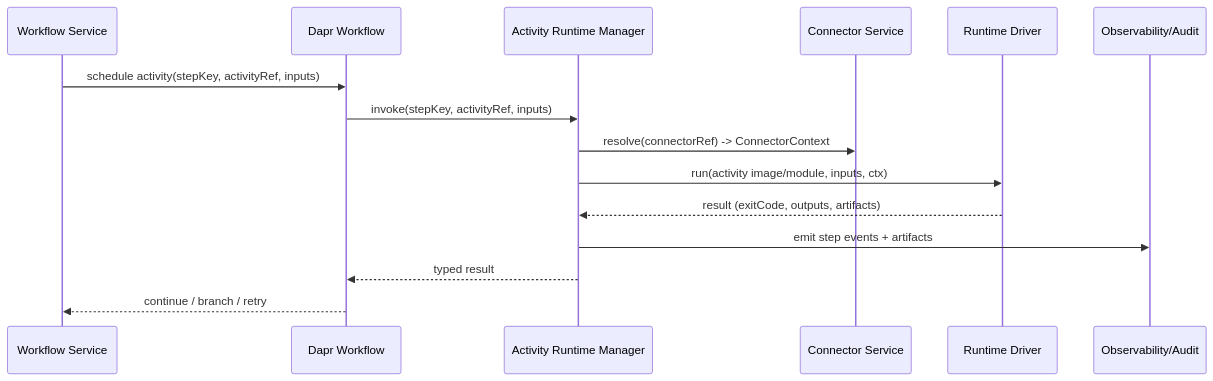
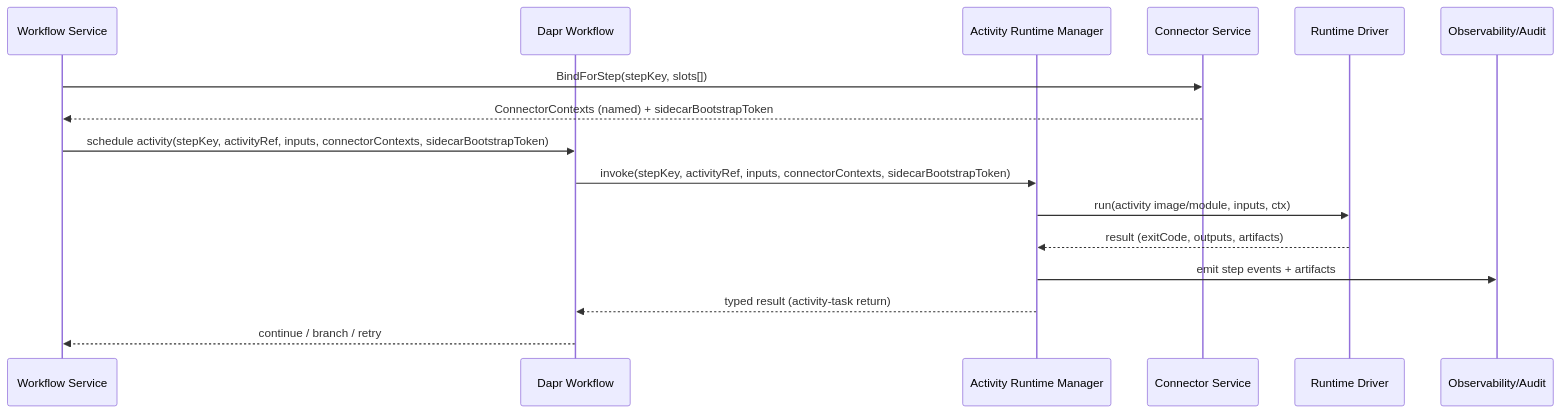
Before and after one commit to toddysm/custos: the fifth of 10 diagrams in design/architecture/overview.md, drawn with Mermaid. The commit also changed other lines of this file and 7 other files, not shown here.

First line of the commit message:
design(bundle-g): WF preflights connector bind; Dapr activity-task return canonical (#98, #101)

````diff
--- a/design/architecture/overview.md
+++ b/design/architecture/overview.md
@@ -302,18 +302,19 @@
 ```mermaid
 sequenceDiagram
     participant WF as Workflow Service
     participant Dapr as Dapr Workflow
     participant ARM as Activity Runtime Manager
     participant Conn as Connector Service
     participant Driver as Runtime Driver
     participant Audit as Observability/Audit
 
-    WF->>Dapr: schedule activity(stepKey, activityRef, inputs)
-    Dapr->>ARM: invoke(stepKey, activityRef, inputs)
-    ARM->>Conn: resolve(connectorRef) -> ConnectorContext
+    WF->>Conn: BindForStep(stepKey, slots[])
+    Conn-->>WF: ConnectorContexts (named) + sidecarBootstrapToken
+    WF->>Dapr: schedule activity(stepKey, activityRef, inputs, connectorContexts, sidecarBootstrapToken)
+    Dapr->>ARM: invoke(stepKey, activityRef, inputs, connectorContexts, sidecarBootstrapToken)
     ARM->>Driver: run(activity image/module, inputs, ctx)
     Driver-->>ARM: result (exitCode, outputs, artifacts)
     ARM->>Audit: emit step events + artifacts
-    ARM-->>Dapr: typed result
+    ARM-->>Dapr: typed result (activity-task return)
     Dapr-->>WF: continue / branch / retry
 ```
````
